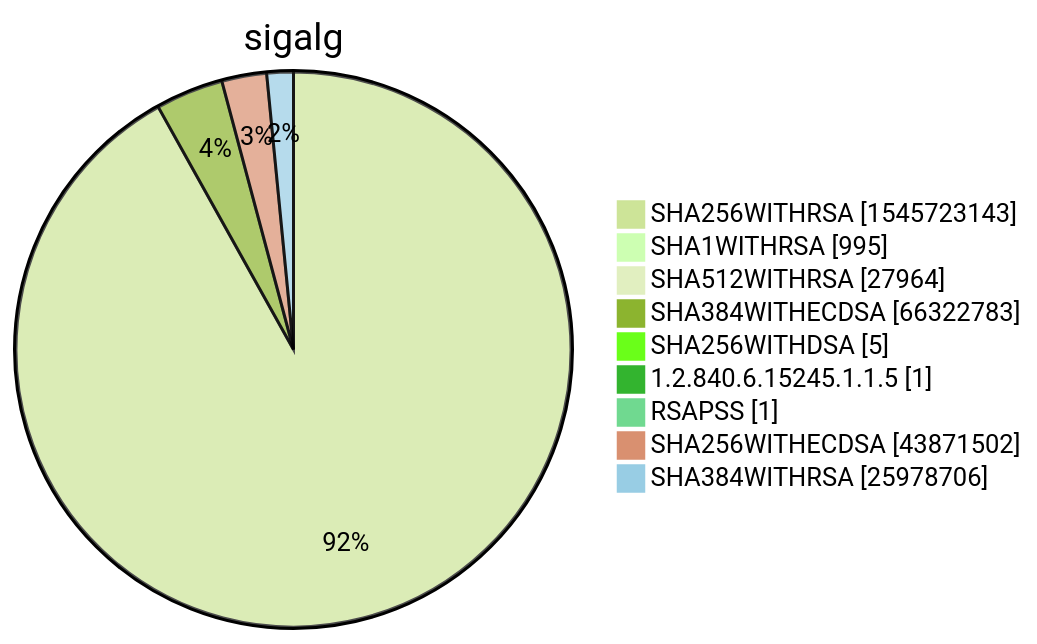
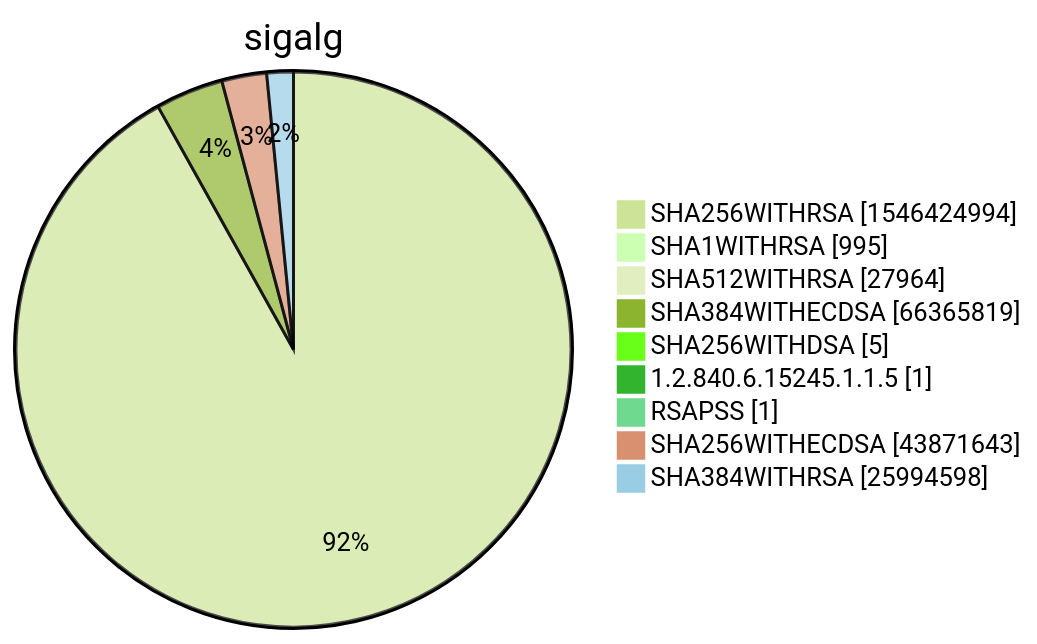
Diagram 15 of 15 in xenon2022/README.md (christiankrug/ctmonitor_visualization), drawn with Mermaid (forest theme) before and after one commit. The commit also changed other lines of this file, not shown here.

````diff
--- a/xenon2022/README.md
+++ b/xenon2022/README.md
@@ -5867,13 +5867,13 @@
 ```mermaid
 pie showData
 title sigalg
-"SHA256WITHRSA" :1545723143
+"SHA256WITHRSA" :1546424994
 "SHA1WITHRSA" :995
 "SHA512WITHRSA" :27964
-"SHA384WITHECDSA" :66322783
+"SHA384WITHECDSA" :66365819
 "SHA256WITHDSA" :5
 "1.2.840.6.15245.1.1.5" :1
 "RSAPSS" :1
-"SHA256WITHECDSA" :43871502
-"SHA384WITHRSA" :25978706
+"SHA256WITHECDSA" :43871643
+"SHA384WITHRSA" :25994598
 ```
````
